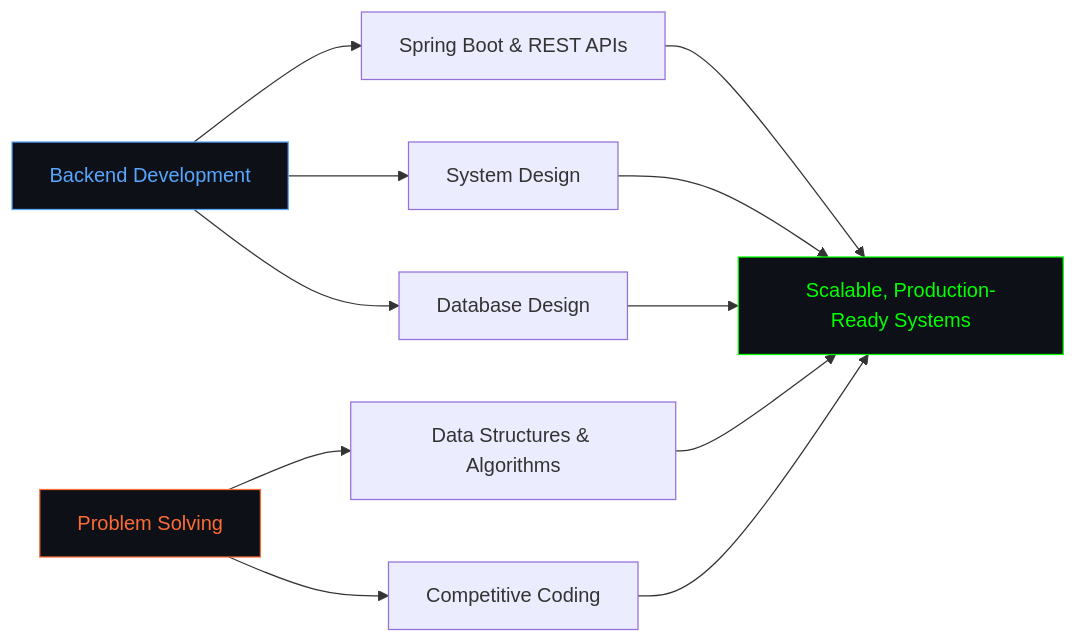
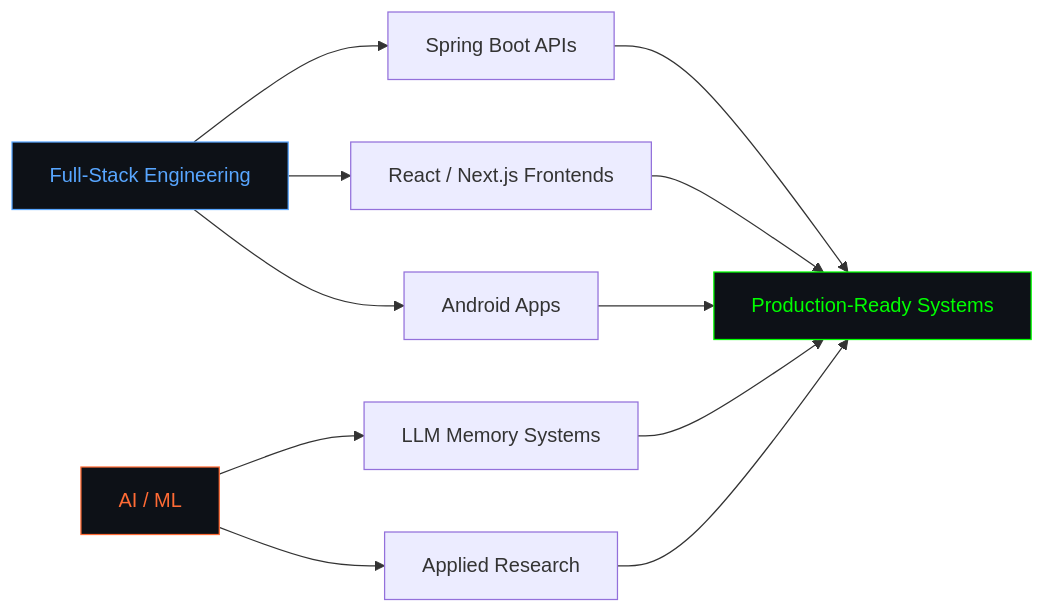
One commit to Aaditya022/Aaditya022 changed the first of 2 diagrams in README (1).md. Above: the diagram before and after it, drawn with Mermaid. The commit also changed other lines of this file, not shown here.

First line of the commit message:
Revise README with new profile details and tech stack

````diff
--- a/README (1).md
+++ b/README (1).md
@@ -95,19 +51,19 @@
 ```mermaid
 graph LR
-    A["Backend Development"] --> B["Spring Boot & REST APIs"]
-    A --> C["System Design"]
-    A --> D["Database Design"]
+    A["Full-Stack Engineering"] --> B["Spring Boot APIs"]
+    A --> C["React / Next.js Frontends"]
+    A --> D["Android Apps"]
 
-    E["Problem Solving"] --> F["Data Structures & Algorithms"]
-    E --> G["Competitive Coding"]
+    E["AI / ML"] --> F["LLM Memory Systems"]
+    E --> G["Applied Research"]
 
-    B --> H["Scalable, Production-Ready Systems"]
-    C --> H
-    D --> H
-    F --> H
-    G --> H
+    B --> I["Production-Ready Systems"]
+    C --> I
+    D --> I
+    F --> I
+    G --> I
 
     style A fill:#0D1117,stroke:#58A6FF,color:#58A6FF
     style E fill:#0D1117,stroke:#FF6B35,color:#FF6B35
-    style H fill:#0D1117,stroke:#00FF00,color:#00FF00
+    style I fill:#0D1117,stroke:#00FF00,color:#00FF00
 ```
````
